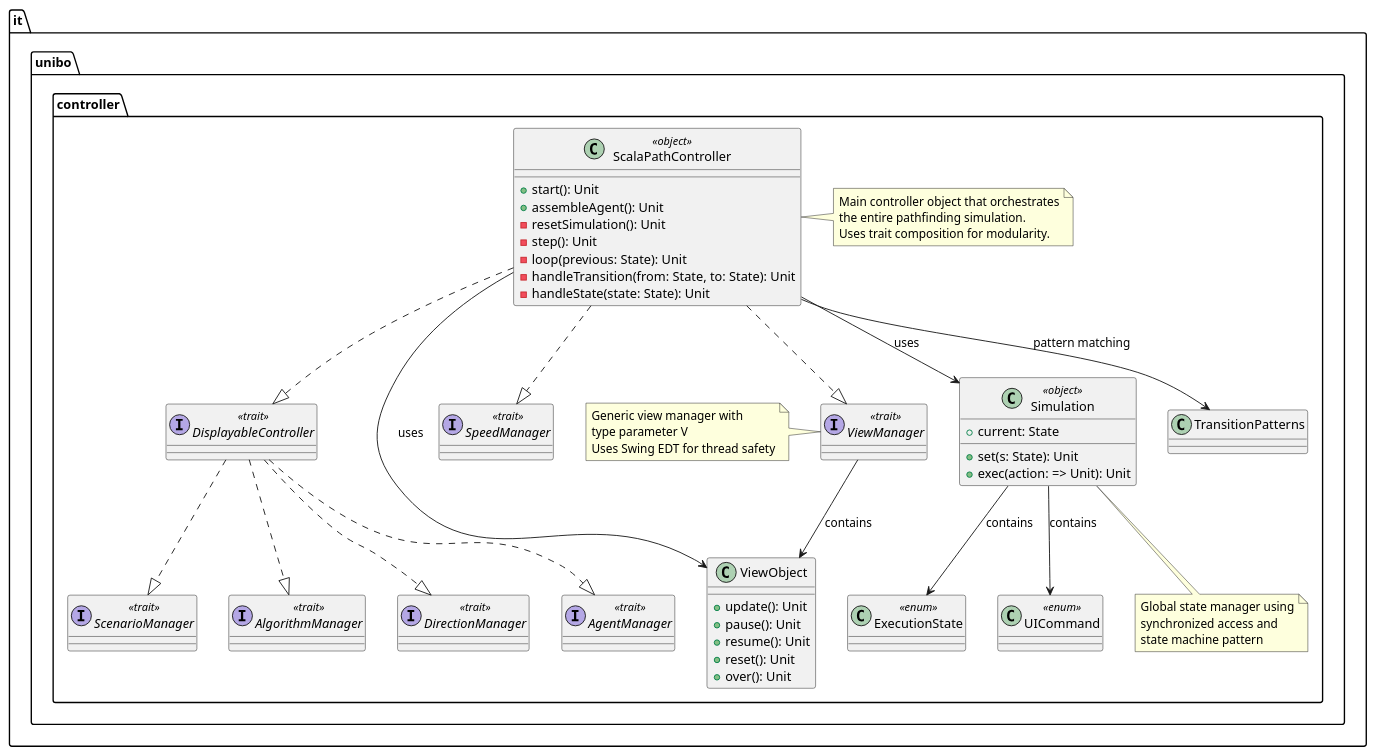
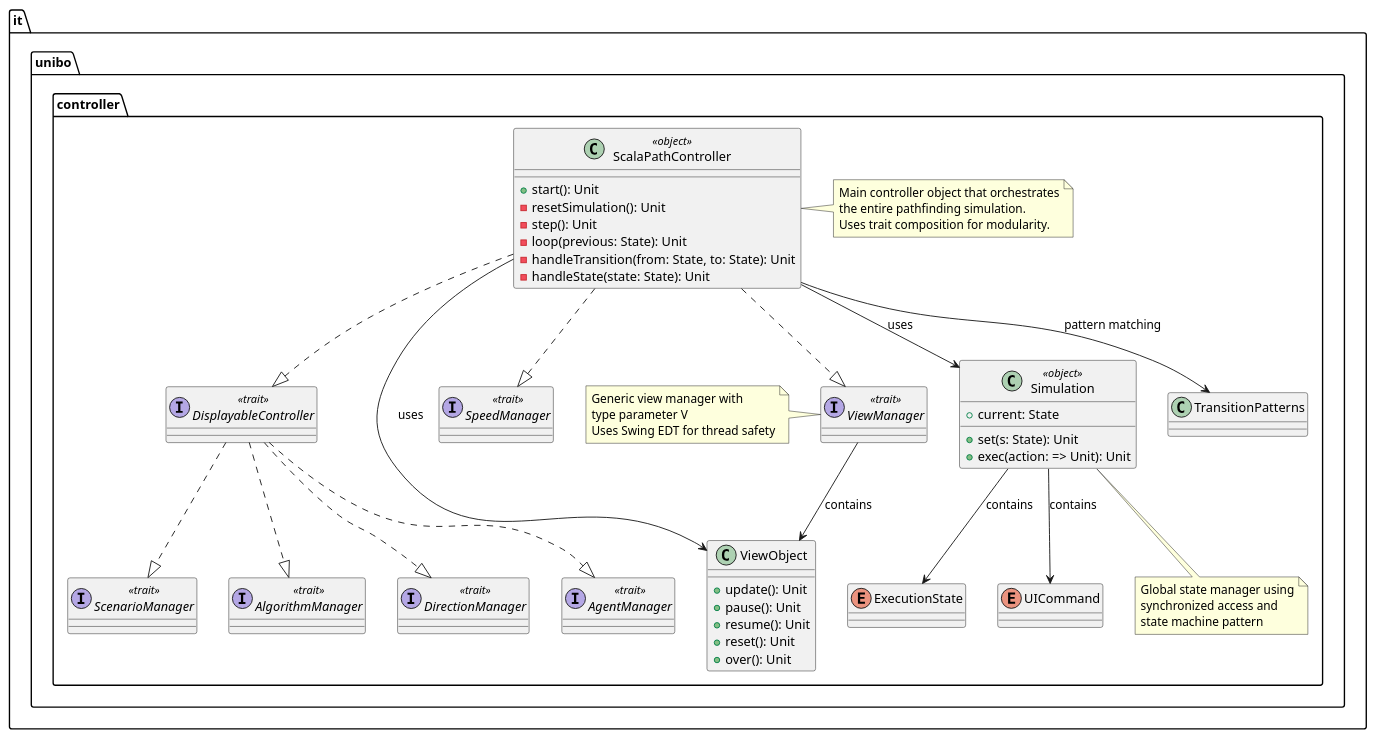
One commit to g-mainardi/PPS-24-scala-path changed the diagram in controller.puml. Above: the diagram before and after it, drawn with PlantUML. The commit also changed 1 other file, not shown here.

Commit message:
refactor for enum

```diff
--- a/controller.puml
+++ b/controller.puml
@@ -1,103 +1,102 @@
 @startuml ScalaPathController_Architecture
 package "it.unibo.controller" {
 
     ' Main Controller Object
     class ScalaPathController <<object>> {
         +start(): Unit
-        +assembleAgent(): Unit
         -resetSimulation(): Unit
         -step(): Unit
         -loop(previous: State): Unit
         -handleTransition(from: State, to: State): Unit
         -handleState(state: State): Unit
     }
 
     ' Core Traits
     interface DisplayableController <<trait>> {
     }
 
     interface SpeedManager <<trait>> {
     }
 
     interface AgentManager <<trait>> {
     }
 
     interface ViewManager <<trait>> {
     }
 
     ' Nested Traits in DisplayableController
     interface ScenarioManager <<trait>> {
     }
 
     interface AlgorithmManager <<trait>> {
     }
 
     interface DirectionManager <<trait>> {
     }
 
     ' Simulation Object
     class Simulation <<object>> {
         +current: State
         +set(s: State): Unit
         +exec(action: => Unit): Unit
     }
 
     ' Simulation States and Commands
-    class ExecutionState <<enum>> {
+    enum ExecutionState {
     }
 
-    class UICommand <<enum>> {
+    enum UICommand {
     }
 
     ' View Manager Inner Object
     class ViewObject {
         +update(): Unit
         +pause(): Unit
         +resume(): Unit
         +reset(): Unit
         +over(): Unit
     }
 
     ' Pattern Matching Objects
     class TransitionPatterns {
     }
 
     ' Relationships
     ScalaPathController ..|> DisplayableController
     ScalaPathController ..|> SpeedManager
     ScalaPathController ..|> ViewManager
 
     DisplayableController ..|> ScenarioManager
     DisplayableController ..|> AlgorithmManager
     DisplayableController ..|> DirectionManager
     DisplayableController ..|> AgentManager
 
     ScalaPathController --> Simulation : uses
     Simulation --> ExecutionState : contains
     Simulation --> UICommand : contains
 
     ViewManager --> ViewObject : contains
     ScalaPathController --> ViewObject : uses
     ScalaPathController --> TransitionPatterns : pattern matching
 
     ' Notes
     note right of ScalaPathController
         Main controller object that orchestrates
         the entire pathfinding simulation.
         Uses trait composition for modularity.
     end note
 
     note bottom of Simulation
         Global state manager using
         synchronized access and
         state machine pattern
     end note
 
     note left of ViewManager
         Generic view manager with
         type parameter V
         Uses Swing EDT for thread safety
     end note
 }
 
 @enduml
```
